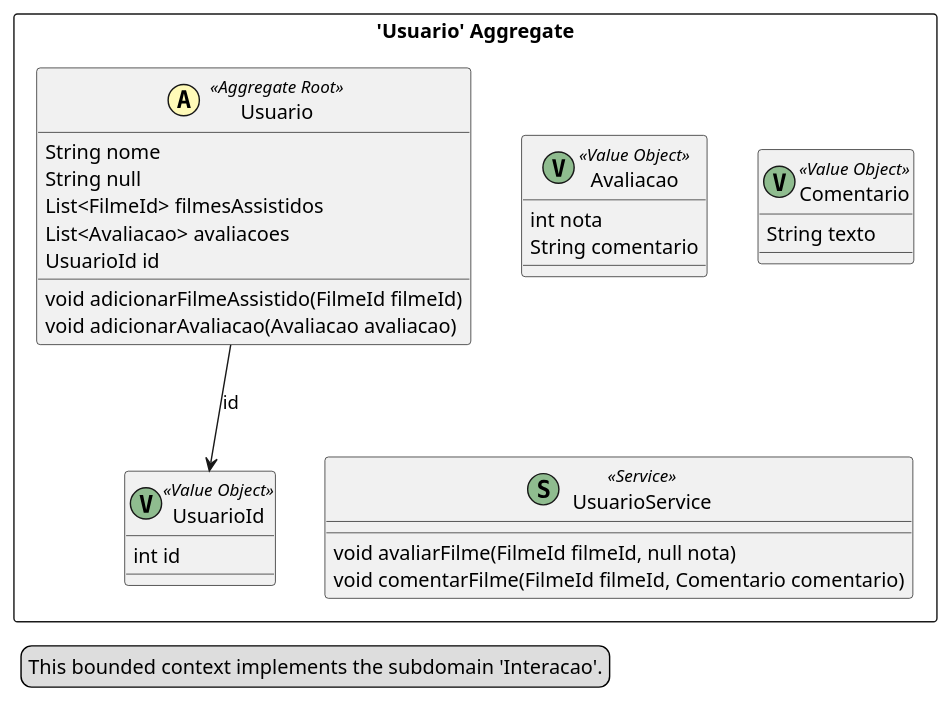
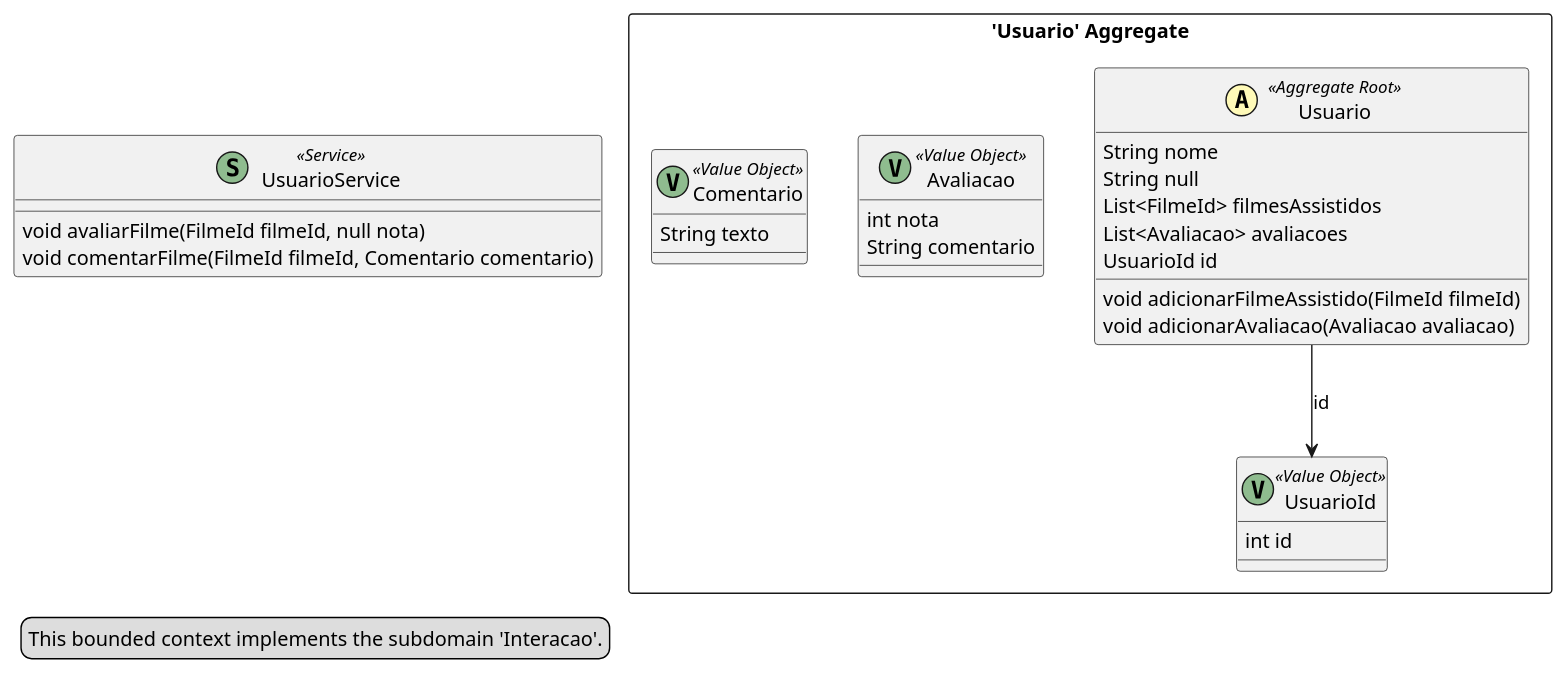
Before and after one commit to mariajuliapessoa/Plataforma-de-Cinema-Brasileiro: the diagram in src-gen/Bracine_BC_Interacao.puml, drawn with PlantUML. The commit also changed 10 other files, not shown here.

```diff
--- a/src-gen/Bracine_BC_Interacao.puml
+++ b/src-gen/Bracine_BC_Interacao.puml
@@ -1,36 +1,36 @@
 @startuml
 
 skinparam componentStyle uml2
 
 package "'Usuario' Aggregate" <<Rectangle>> {
 	class Usuario <<(A,#fffab8) Aggregate Root>> {
 		String nome
 		String null
 		List<FilmeId> filmesAssistidos
 		List<Avaliacao> avaliacoes
 		UsuarioId id
 		void adicionarFilmeAssistido(FilmeId filmeId)
 		void adicionarAvaliacao(Avaliacao avaliacao)
 	}
 	class UsuarioId <<(V,DarkSeaGreen) Value Object>> {
 		int id
 	}
 	class Avaliacao <<(V,DarkSeaGreen) Value Object>> {
 		int nota
 		String comentario
 	}
 	class Comentario <<(V,DarkSeaGreen) Value Object>> {
 		String texto
 	}
-	class UsuarioService <<(S,DarkSeaGreen) Service>> {
-		void avaliarFilme(FilmeId filmeId, null nota)
-		void comentarFilme(FilmeId filmeId, Comentario comentario)
-	}
+}
+class UsuarioService <<(S,DarkSeaGreen) Service>> {
+	void avaliarFilme(FilmeId filmeId, null nota)
+	void comentarFilme(FilmeId filmeId, Comentario comentario)
 }
 Usuario --> UsuarioId : id
 legend left
   This bounded context implements the subdomain 'Interacao'.
 end legend
 
 
 @enduml
```
